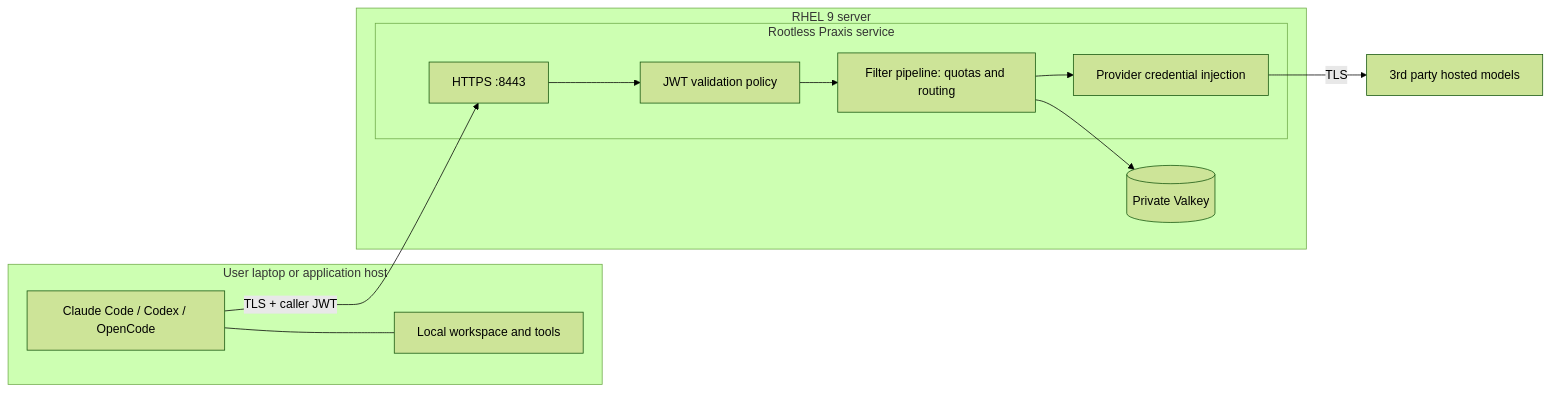
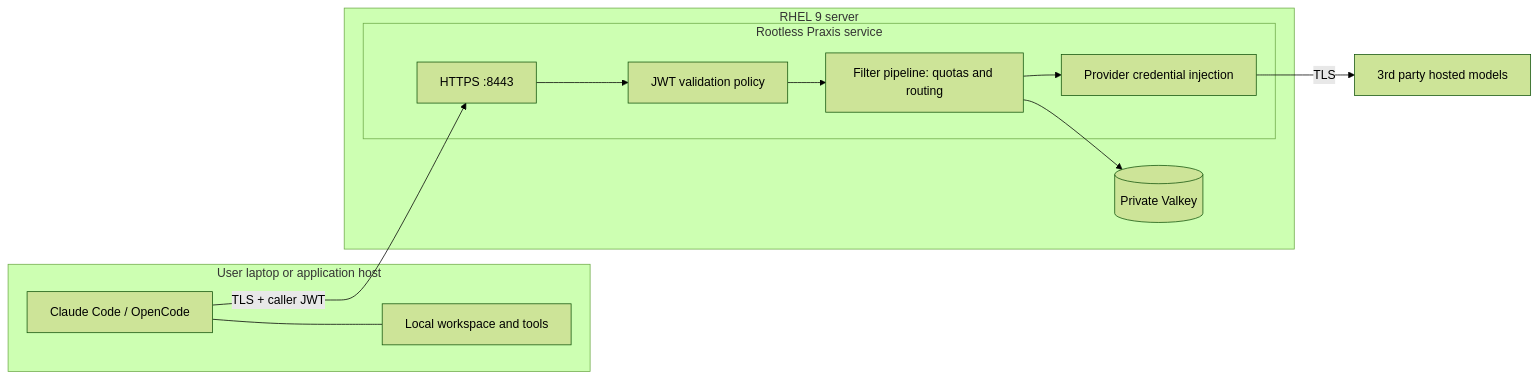
Before and after one commit to redhat-et/secure-single-server: the diagram in docs/quickstarts/remote-gateway/README.md, drawn with Mermaid (forest theme). The commit also changed other lines of this file and 38 other files, not shown here.

````diff
--- a/docs/quickstarts/remote-gateway/README.md
+++ b/docs/quickstarts/remote-gateway/README.md
@@ -7,21 +10,21 @@
 ```mermaid
 flowchart LR
   subgraph Client[User laptop or application host]
-    H[Claude Code / Codex / OpenCode]
+    H[Claude Code / OpenCode]
     W[Local workspace and tools]
     H --- W
   end
   subgraph RHEL[RHEL 9 server]
     subgraph Praxis[Rootless Praxis service]
       T[HTTPS :8443]
       J[JWT validation policy]
       F[Filter pipeline: quotas and routing]
       C[Provider credential injection]
       T --> J --> F --> C
     end
     V[(Private Valkey)]
     F --> V
   end
   H -->|TLS + caller JWT| T
   C -->|TLS| P[3rd party hosted models]
 ```
````
